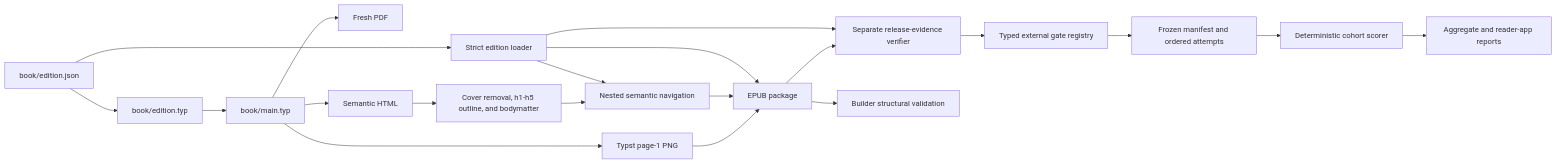
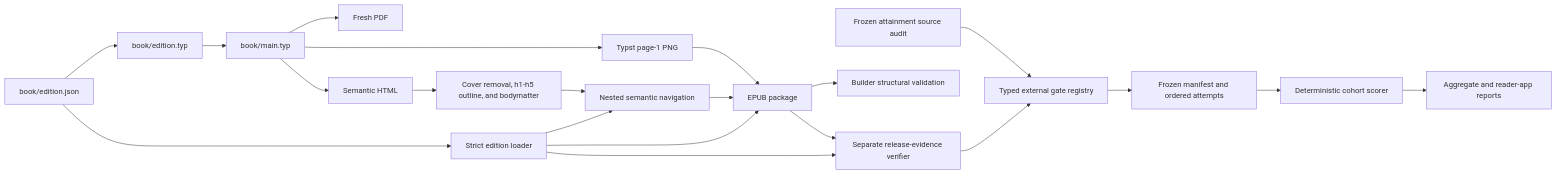
Before and after one commit to streamentry/streamentry: the first of 5 diagrams in scripts/AGENTS.md, drawn with Mermaid. The commit also changed 11 other files, not shown here.

Commit message:
Freeze attainment claims to primary-source segments

````diff
--- a/scripts/AGENTS.md
+++ b/scripts/AGENTS.md
@@ -49,22 +49,23 @@
 ```mermaid
 flowchart LR
   D["book/edition.json"] --> L["Strict edition loader"]
   D --> Y["book/edition.typ"]
   Y --> T
   L --> N
   L --> E
   L --> W
   T["book/main.typ"] --> P["Fresh PDF"]
   T --> C["Typst page-1 PNG"]
   T --> H["Semantic HTML"]
   H --> X["Cover removal, h1-h5 outline, and bodymatter"]
   X --> N["Nested semantic navigation"]
   N --> E["EPUB package"]
   C --> E
   E --> V["Builder structural validation"]
   E --> W["Separate release-evidence verifier"]
   W --> Q["Typed external gate registry"]
+  A["Frozen attainment source audit"] --> Q
   Q --> R["Candidate-bound external-review packet"]
   R["Frozen manifest and ordered attempts"] --> S["Deterministic cohort scorer"]
   S --> G["Aggregate and reader-app reports"]
 ```
````
